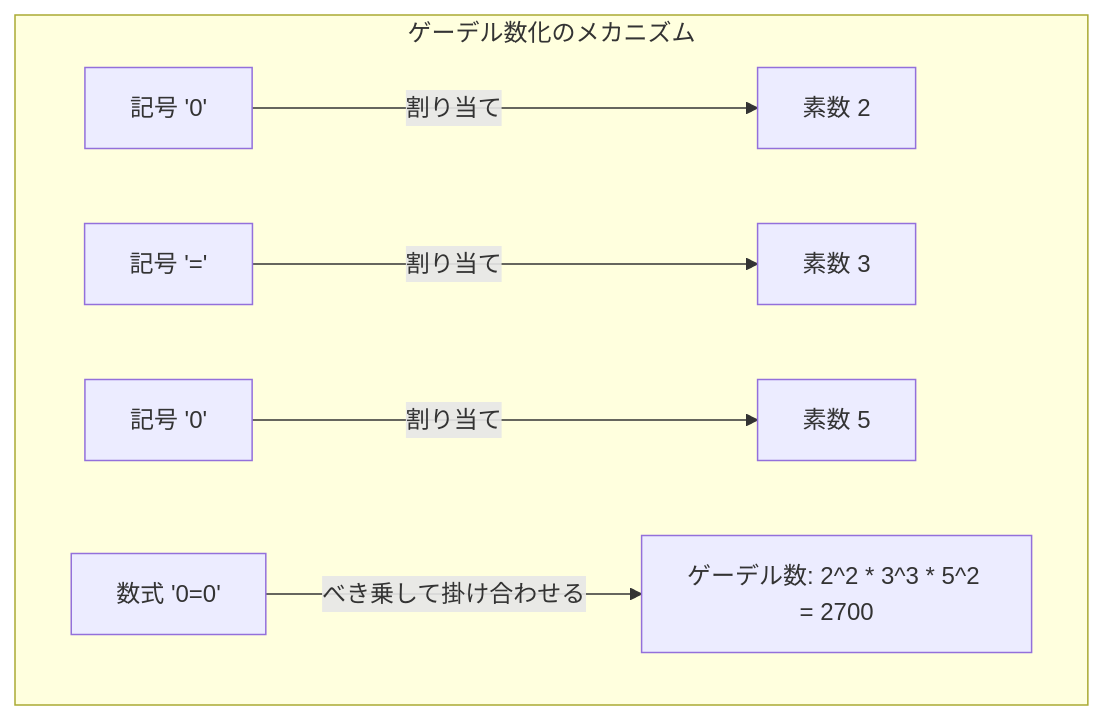
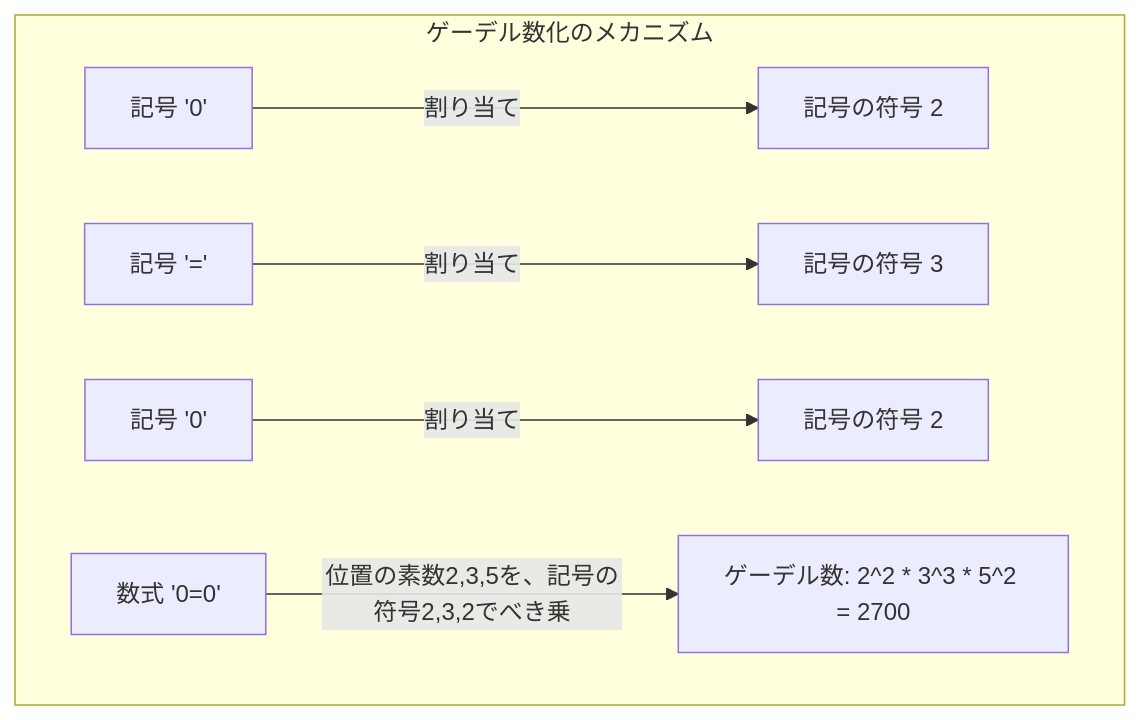
Before and after one commit to kenjinote/blog: the third of 4 diagrams in content/post/godels-incompleteness-theorems/index.md, drawn with Mermaid. The commit also changed other lines of this file and 1 other file, not shown here.

Commit message:
Correct initial Godel source links and encoding diagram

````diff
--- a/content/post/godels-incompleteness-theorems/index.md
+++ b/content/post/godels-incompleteness-theorems/index.md
@@ -97,9 +97,9 @@
 ```mermaid
 graph TD
     subgraph "ゲーデル数化のメカニズム"
-        S1["記号 '0'"] -->|"割り当て"| N1["素数 2"]
-        S2["記号 '='"] -->|"割り当て"| N2["素数 3"]
-        S3["記号 '0'"] -->|"割り当て"| N3["素数 5"]
-        F["数式 '0=0'"] -->|"べき乗して掛け合わせる"| GN["ゲーデル数: 2^2 * 3^3 * 5^2 = 2700"]
+        S1["記号 '0'"] -->|"割り当て"| N1["記号の符号 2"]
+        S2["記号 '='"] -->|"割り当て"| N2["記号の符号 3"]
+        S3["記号 '0'"] -->|"割り当て"| N3["記号の符号 2"]
+        F["数式 '0=0'"] -->|"位置の素数2,3,5を、記号の符号2,3,2でべき乗"| GN["ゲーデル数: 2^2 * 3^3 * 5^2 = 2700"]
     end
 ```
````
